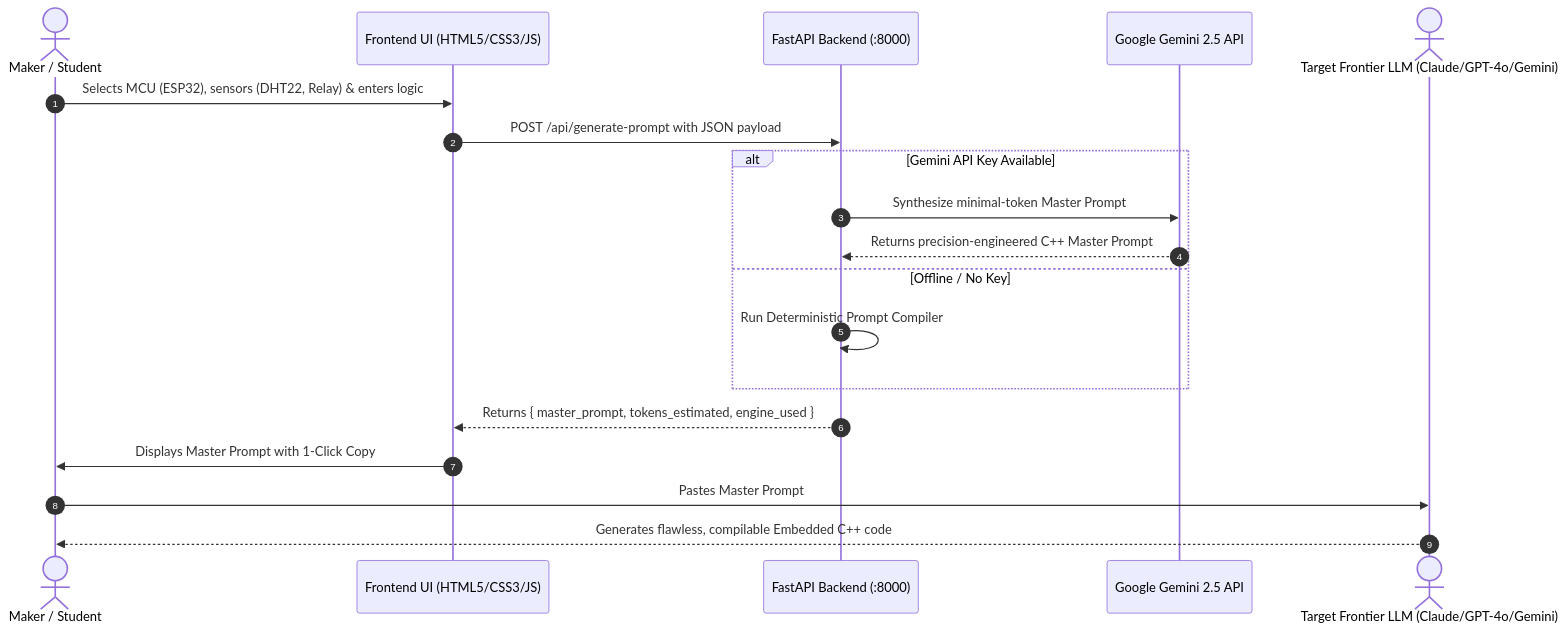
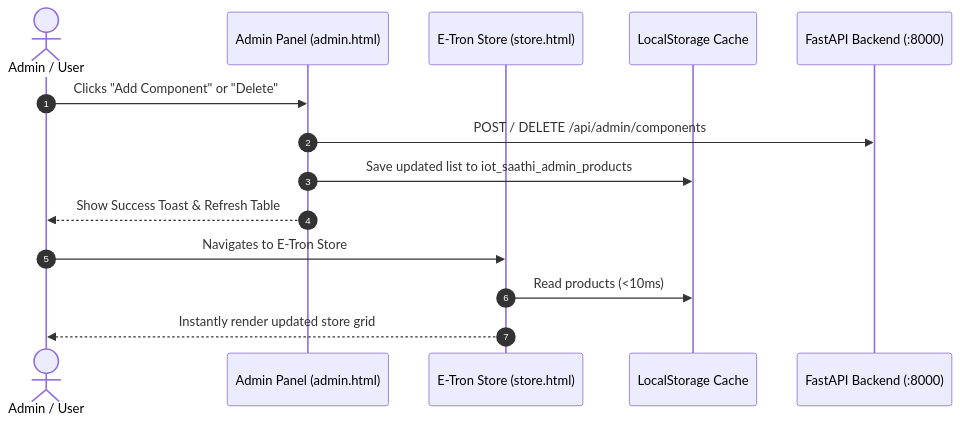
Before and after one commit to bhavya14032007/iot-saathi: the diagram in README.md, drawn with Mermaid. The commit also changed other lines of this file and 10 other files, not shown here.

Commit message:
improved the cart and admin panel

````diff
--- a/README.md
+++ b/README.md
@@ -82,22 +101,17 @@
 ```mermaid
 sequenceDiagram
     autonumber
-    actor User as Maker / Student
-    participant FE as Frontend UI (HTML5/CSS3/JS)
-    participant BE as FastAPI Backend (:8000)
-    participant Gemini as Google Gemini 2.5 API
-    actor TargetLLM as Target Frontier LLM (Claude/GPT-4o/Gemini)
+    actor Admin as Admin / User
+    participant AdminUI as Admin Panel (admin.html)
+    participant StoreUI as E-Tron Store (store.html)
+    participant LocalCache as LocalStorage Cache
+    participant Backend as FastAPI Backend (:8000)
 
-    User->>FE: Selects MCU (ESP32), sensors (DHT22, Relay) & enters logic
-    FE->>BE: POST /api/generate-prompt with JSON payload
-    alt Gemini API Key Available
-        BE->>Gemini: Synthesize minimal-token Master Prompt
-        Gemini-->>BE: Returns precision-engineered C++ Master Prompt
-    else Offline / No Key
-        BE->>BE: Run Deterministic Prompt Compiler
-    end
-    BE-->>FE: Returns { master_prompt, tokens_estimated, engine_used }
-    FE->>User: Displays Master Prompt with 1-Click Copy
-    User->>TargetLLM: Pastes Master Prompt
-    TargetLLM-->>User: Generates flawless, compilable Embedded C++ code
+    Admin->>AdminUI: Clicks "Add Component" or "Delete"
+    AdminUI->>Backend: POST / DELETE /api/admin/components
+    AdminUI->>LocalCache: Save updated list to iot_saathi_admin_products
+    AdminUI-->>Admin: Show Success Toast & Refresh Table
+    Admin->>StoreUI: Navigates to E-Tron Store
+    StoreUI->>LocalCache: Read products (<10ms)
+    StoreUI-->>Admin: Instantly render updated store grid
 ```
````
